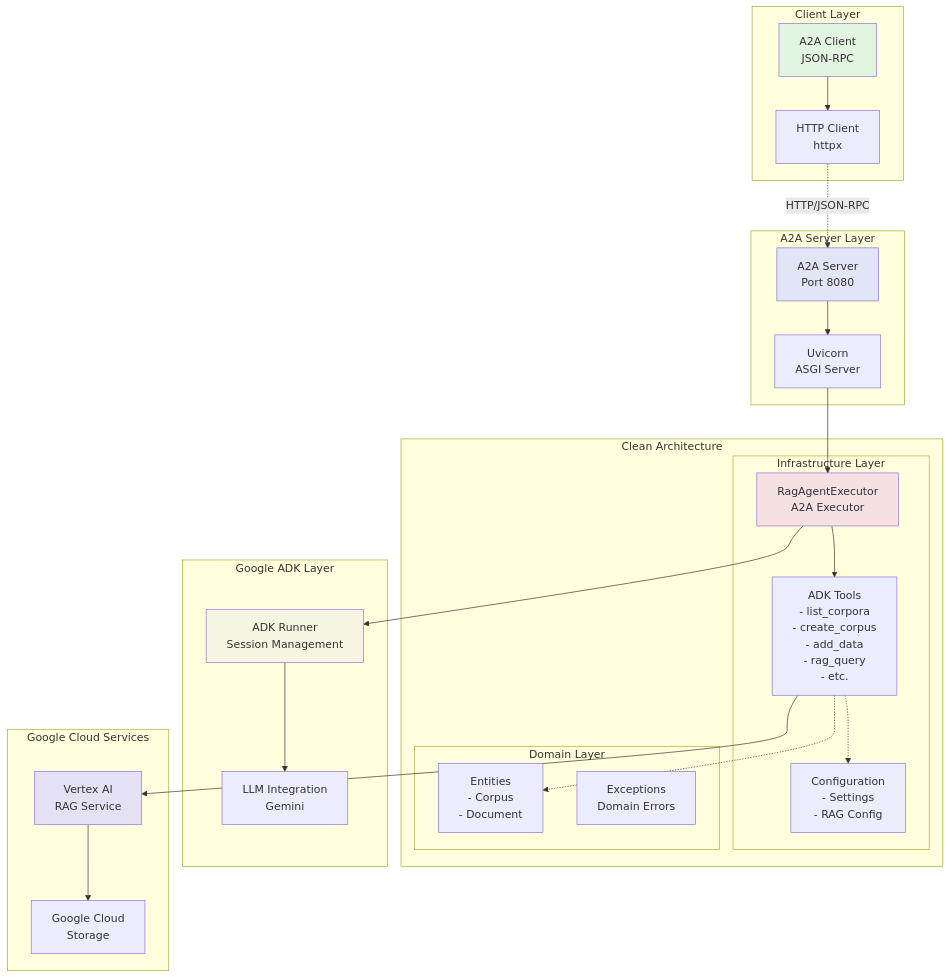
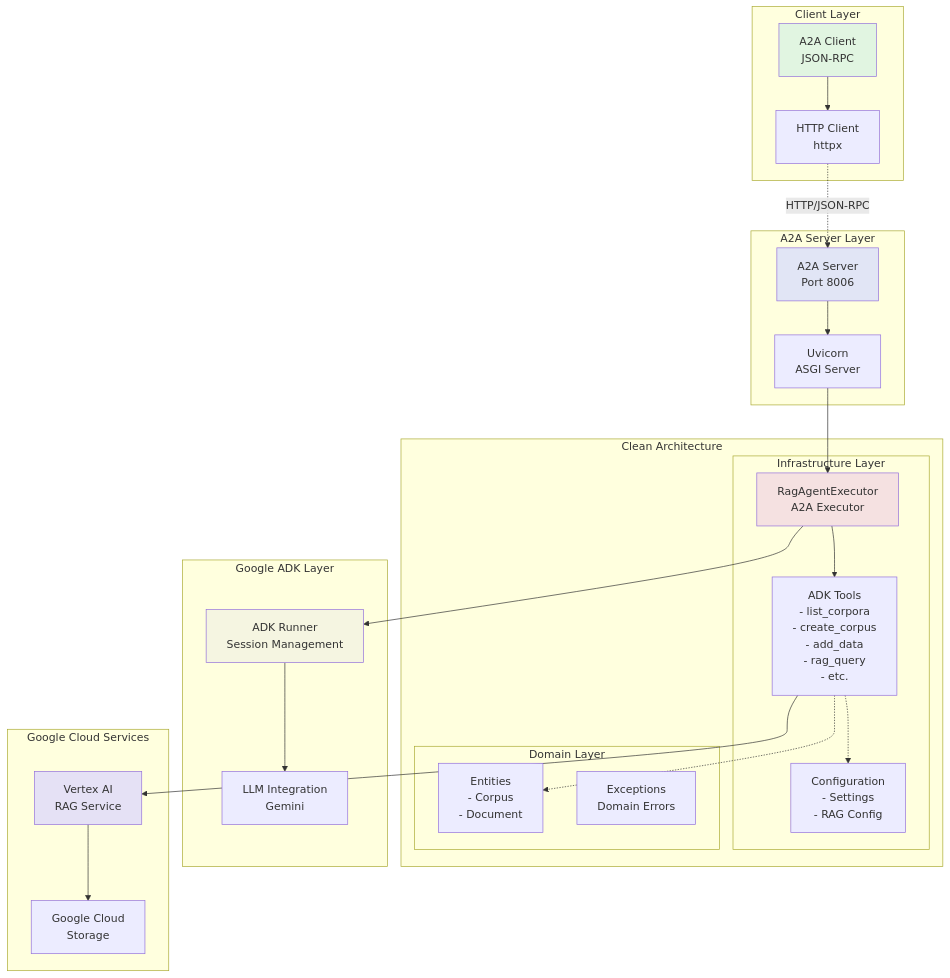
Before and after one commit to einsteindark-edgm/adk-rag-agent: the first of 4 diagrams in docs/ARCHITECTURE_DIAGRAMS.md, drawn with Mermaid. The commit also changed 11 other files, not shown here.

First line of the commit message:
chore: Change server port from 8080 to 8006

````diff
--- a/docs/ARCHITECTURE_DIAGRAMS.md
+++ b/docs/ARCHITECTURE_DIAGRAMS.md
@@ -5,53 +5,53 @@
 ```mermaid
 graph TB
     subgraph "Client Layer"
         A2AC[A2A Client<br/>JSON-RPC]
         HTTPC[HTTP Client<br/>httpx]
     end
     
     subgraph "A2A Server Layer"
-        A2AS[A2A Server<br/>Port 8080]
+        A2AS[A2A Server<br/>Port 8006]
         UVIC[Uvicorn<br/>ASGI Server]
     end
     
     subgraph "Clean Architecture"
         subgraph "Infrastructure Layer"
             EXE[RagAgentExecutor<br/>A2A Executor]
             TOOLS[ADK Tools<br/>- list_corpora<br/>- create_corpus<br/>- add_data<br/>- rag_query<br/>- etc.]
             CONFIG[Configuration<br/>- Settings<br/>- RAG Config]
         end
         
         subgraph "Domain Layer"
             ENT[Entities<br/>- Corpus<br/>- Document]
             EXC[Exceptions<br/>Domain Errors]
         end
     end
     
     subgraph "Google ADK Layer"
         RUNNER[ADK Runner<br/>Session Management]
         LLM[LLM Integration<br/>Gemini]
     end
     
     subgraph "Google Cloud Services"
         VAI[Vertex AI<br/>RAG Service]
         GCS[Google Cloud<br/>Storage]
     end
     
     A2AC --> HTTPC
     HTTPC -.->|HTTP/JSON-RPC| A2AS
     A2AS --> UVIC
     UVIC --> EXE
     EXE --> RUNNER
     EXE --> TOOLS
     RUNNER --> LLM
     TOOLS --> VAI
     VAI --> GCS
     TOOLS -.-> CONFIG
     TOOLS -.-> ENT
     
     style A2AC fill:#e1f5e1
     style A2AS fill:#e1e5f5
     style EXE fill:#f5e1e1
     style RUNNER fill:#f5f5e1
     style VAI fill:#e5e1f5
 ```
````
